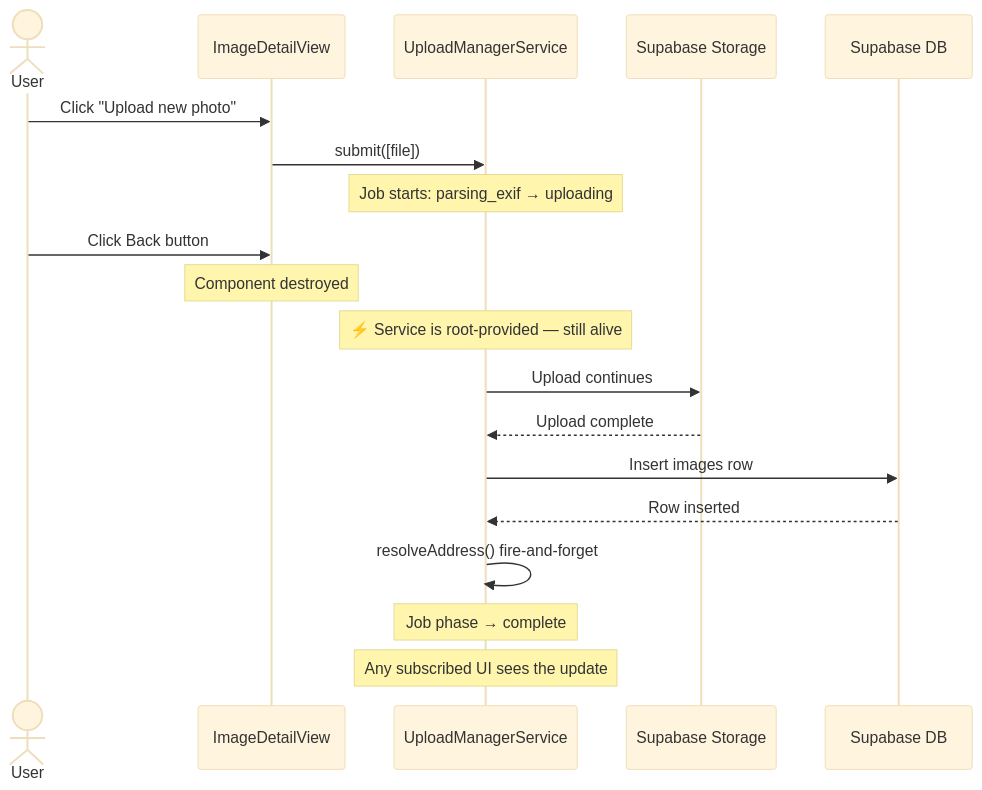
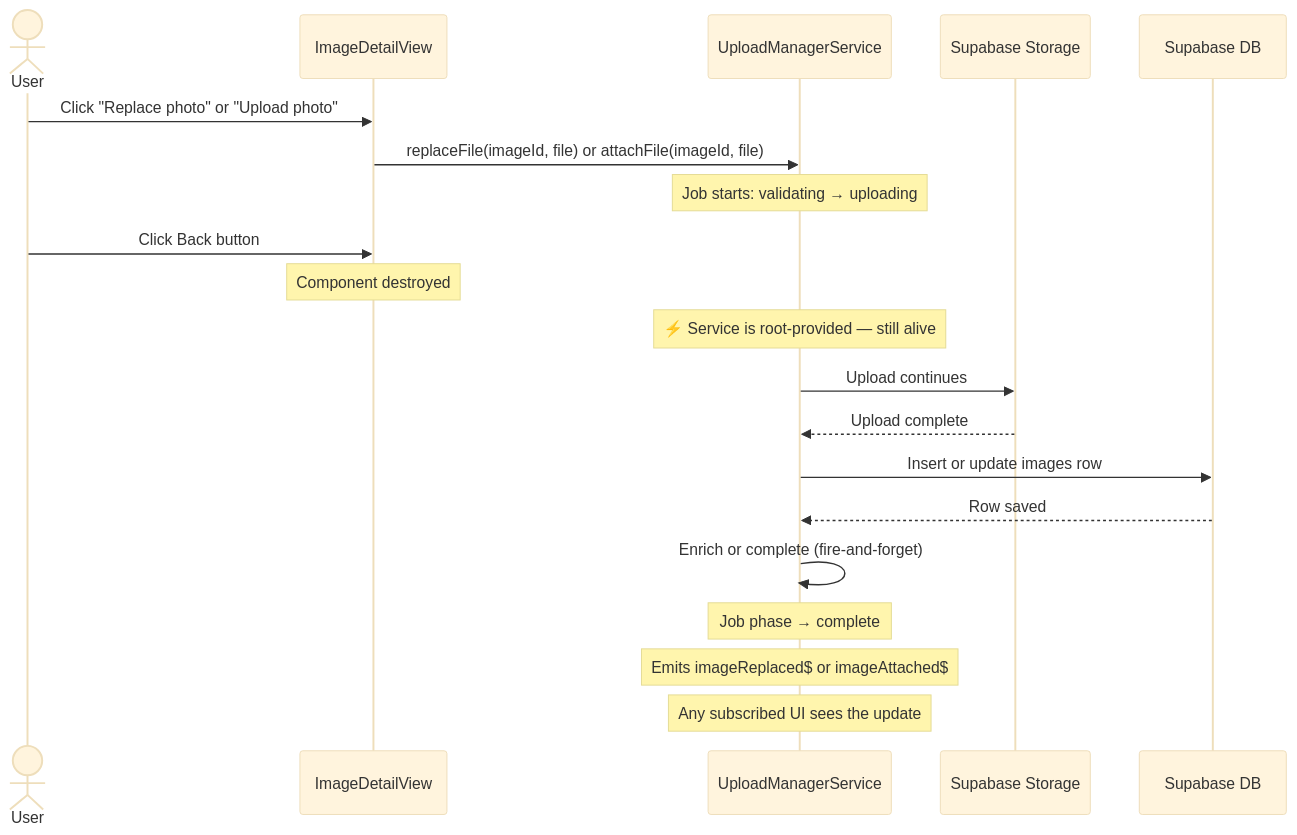
One commit to matkleve/sitesnap changed the fifth of 12 diagrams in docs/element-specs/upload-manager.md. Above: the diagram before and after it, drawn with Mermaid (base theme). The commit also changed other lines of this file and 4 other files, not shown here.

First line of the commit message:
feat: Implement replace and attach photo functionality in UploadManagerService

````diff
--- a/docs/element-specs/upload-manager.md
+++ b/docs/element-specs/upload-manager.md
@@ -399,22 +482,23 @@
 ```mermaid
 sequenceDiagram
   actor User
   participant DetailView as ImageDetailView
   participant Manager as UploadManagerService
   participant Storage as Supabase Storage
   participant DB as Supabase DB
 
-  User->>DetailView: Click "Upload new photo"
-  DetailView->>Manager: submit([file])
-  Note over Manager: Job starts: parsing_exif → uploading
+  User->>DetailView: Click "Replace photo" or "Upload photo"
+  DetailView->>Manager: replaceFile(imageId, file) or attachFile(imageId, file)
+  Note over Manager: Job starts: validating → uploading
   User->>DetailView: Click Back button
   Note over DetailView: Component destroyed
   Note over Manager: ⚡ Service is root-provided — still alive
   Manager->>Storage: Upload continues
   Storage-->>Manager: Upload complete
-  Manager->>DB: Insert images row
-  DB-->>Manager: Row inserted
-  Manager->>Manager: resolveAddress() fire-and-forget
+  Manager->>DB: Insert or update images row
+  DB-->>Manager: Row saved
+  Manager->>Manager: Enrich or complete (fire-and-forget)
   Note over Manager: Job phase → complete
+  Note over Manager: Emits imageReplaced$ or imageAttached$
   Note over Manager: Any subscribed UI sees the update
 ```
````
